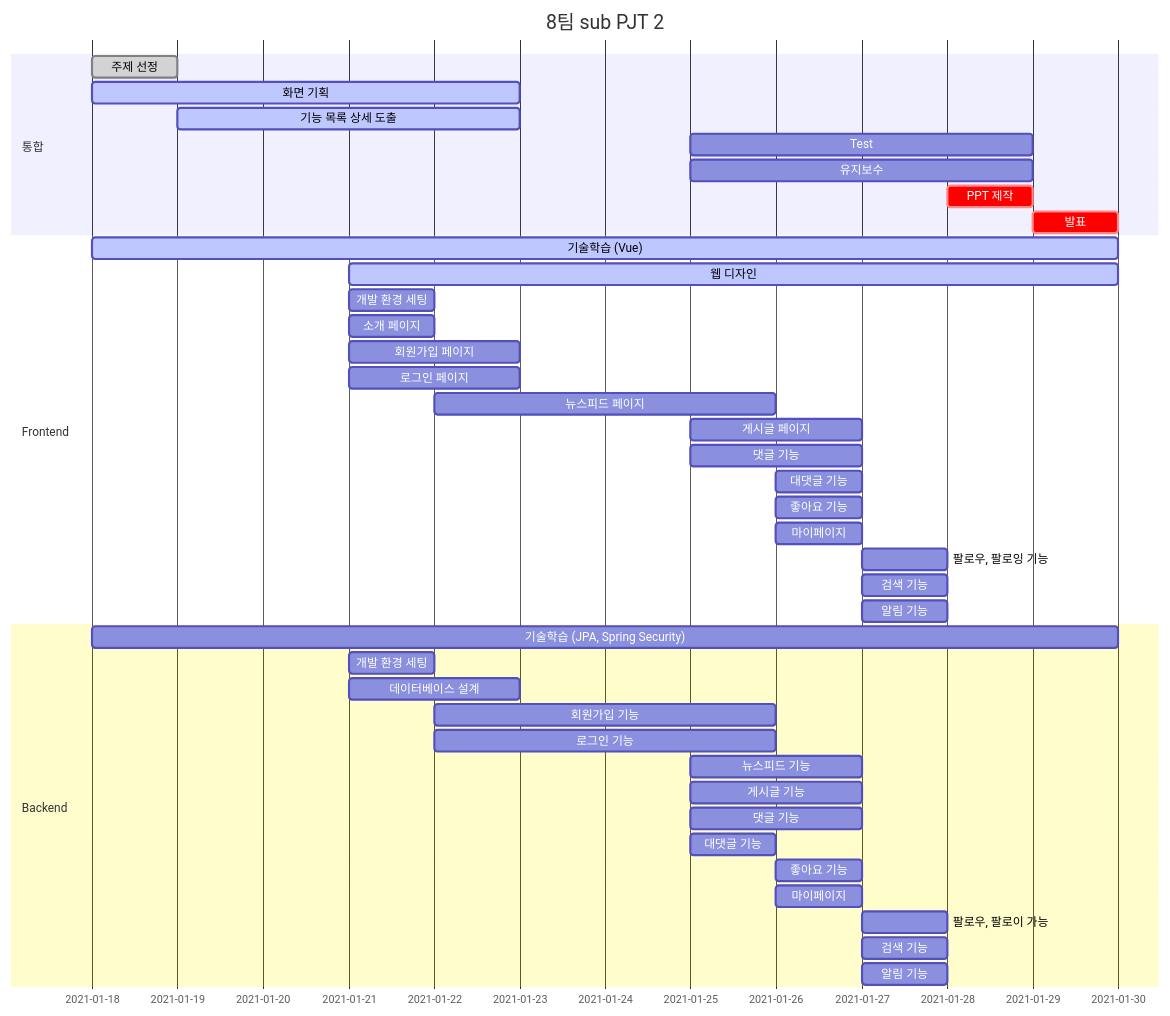
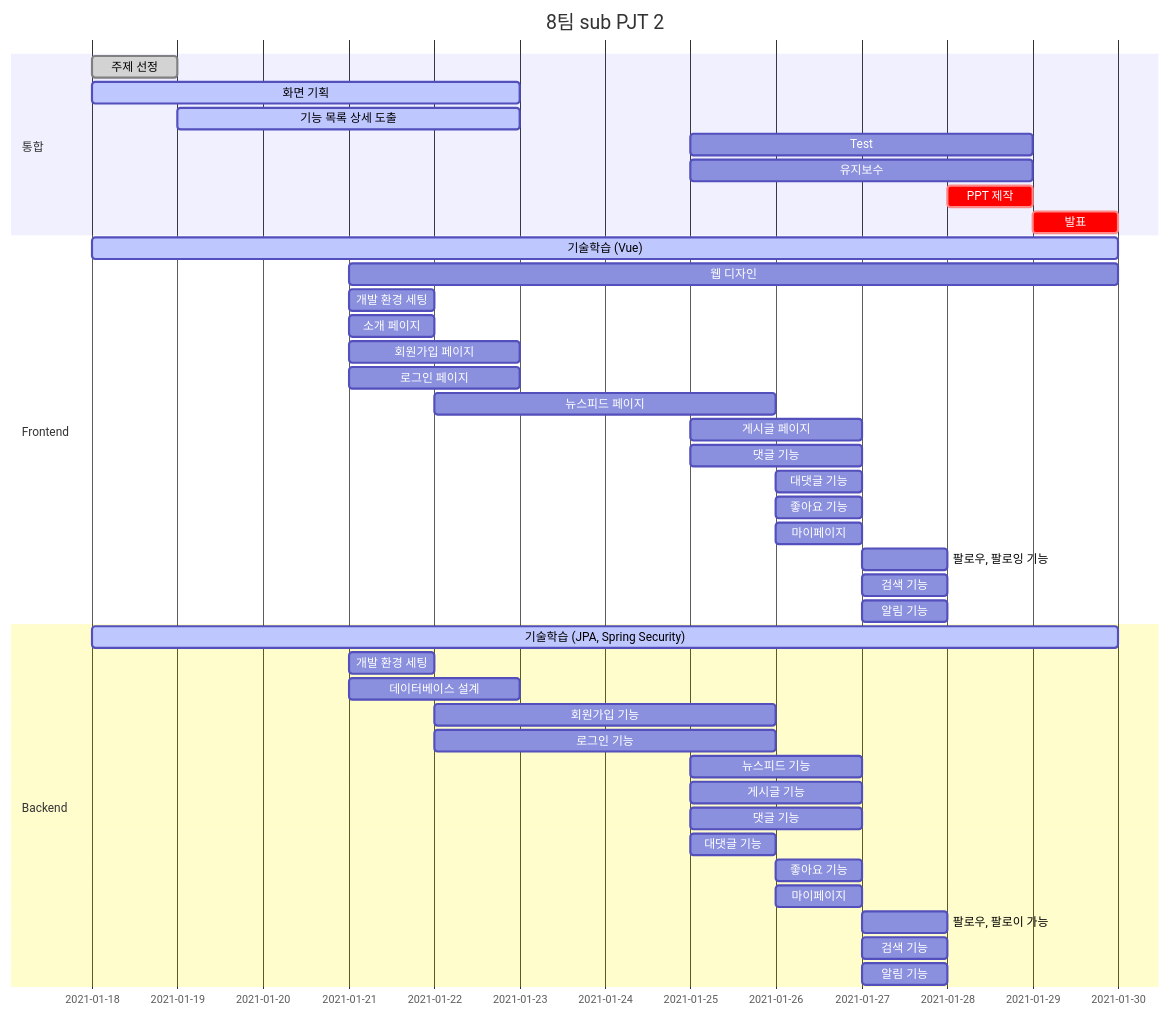
Before and after one commit to mingddo/3PM: the diagram in README.md, drawn with Mermaid.

````diff
--- a/README.md
+++ b/README.md
@@ -16,47 +16,47 @@
 ```mermaid
 gantt
     dateFormat  YYYY-MM-DD
     title       8팀 sub PJT 2
 
     section 통합
     주제 선정 :done,    2021-01-18, 1d
     화면 기획 :active,    2021-01-18, 5d
     기능 목록 상세 도출 :active,  2021-01-19, 4d
     Test :after, 2021-01-25, 4d
     유지보수 :after, 2021-01-25, 4d
     PPT 제작 :crit, after, 2021-01-28, 1d
     발표 :crit, after, 2021-01-29, 1d
     
     section Frontend
     기술학습 (Vue) :active, 2021-01-18, 12d
-    웹 디자인 :active, 2021-01-21, 9d
+    웹 디자인 :after, 2021-01-21, 9d
     개발 환경 세팅 :after, 2021-01-21, 1d
     소개 페이지 :after, 2021-01-21, 1d
     회원가입 페이지 :after, 2021-01-21, 2d
     로그인 페이지 :after, 2021-01-21, 2d
     뉴스피드 페이지 :after, 2021-01-22, 4d
     게시글 페이지 :after, 2021-01-25, 2d
     댓글 기능 :after, 2021-01-25, 2d
     대댓글 기능 :after, 2021-01-26, 1d
     좋아요 기능 :after, 2021-01-26, 1d
     마이페이지 :after, 2021-01-26, 1d
     팔로우, 팔로잉 기능 :after, 2021-01-27, 1d
     검색 기능 :after, 2021-01-27, 1d
     알림 기능 :after, 2021-01-27, 1d
 
     section Backend
-    기술학습 (JPA, Spring Security) :after, 2021-01-18, 12d
+    기술학습 (JPA, Spring Security) :active, 2021-01-18, 12d
     개발 환경 세팅 :after, 2021-01-21, 1d
     데이터베이스 설계 :after, 2021-01-21, 2d
     회원가입 기능 :after, 2021-01-22, 4d
     로그인 기능 :after, 2021-01-22, 4d
     뉴스피드 기능 :after, 2021-01-25, 2d
     게시글 기능 :after, 2021-01-25, 2d
     댓글 기능 :after, 2021-01-25, 2d
     대댓글 기능 :after, 2021-01-25, 1d
     좋아요 기능 :after, 2021-01-26, 1d
     마이페이지 :after, 2021-01-26, 1d
     팔로우, 팔로이 가능 :after, 2021-01-27, 1d
     검색 기능 :after, 2021-01-27, 1d
     알림 기능 :after, 2021-01-27, 1d
 ```
````
